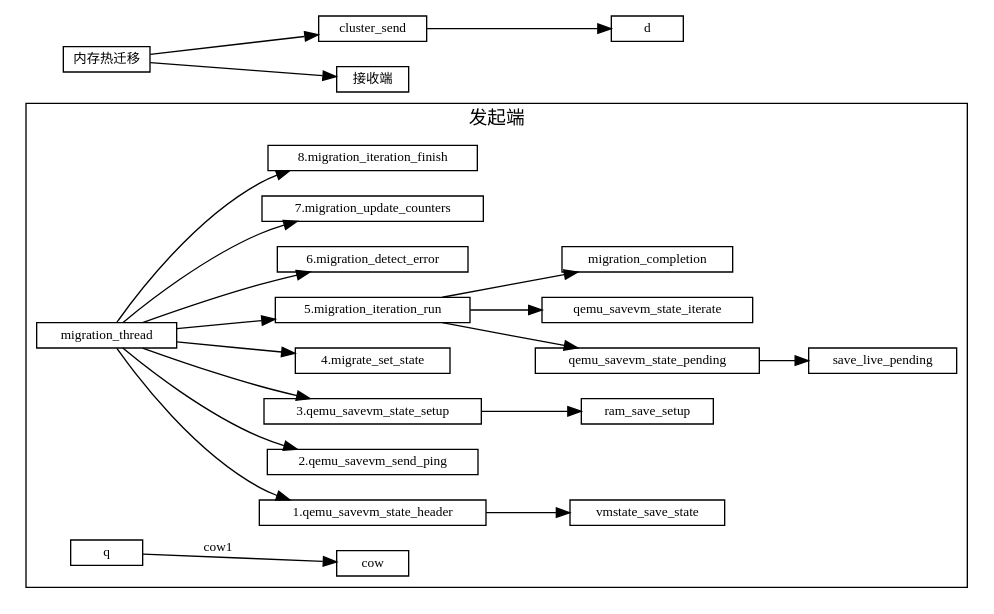
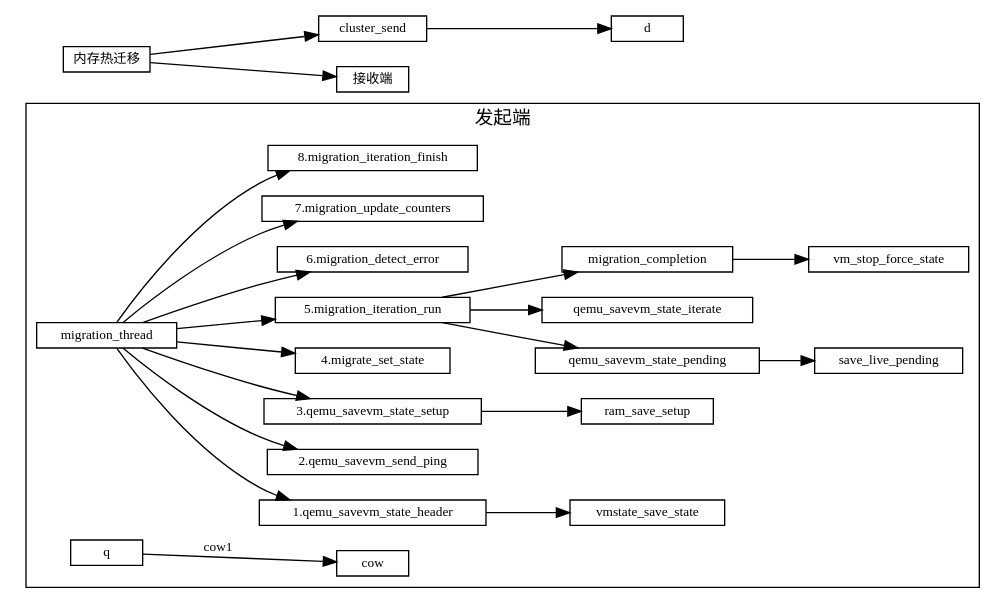
The diagram in 虚拟化/热迁移/1-内存热迁移.md (sisyphus1212/note), drawn with Graphviz before and after one commit.

Commit message:
auto_update

````diff
--- a/虚拟化/热迁移/1-内存热迁移.md
+++ b/虚拟化/热迁移/1-内存热迁移.md
@@ -11,49 +11,49 @@
 ```graphviz
 digraph {
 fontname="Helvetica,Arial,sans-serif"
 //node [fontname="Helvetica,Arial,sans-serif"]
 //edge [fontname="Helvetica,Arial,sans-serif"]
 rankdir="LR"
 node [fontsize=10, shape=record, height=0.25]
 edge [fontsize=10]
   subgraph send {
     cluster=true;
     label="发起端";
     qemu_savevm_state_header[label="1.qemu_savevm_state_header"];
     qemu_savevm_send_ping[label="2.qemu_savevm_send_ping"];
     qemu_savevm_state_setup[label="3.qemu_savevm_state_setup"];
     migrate_set_state[label="4.migrate_set_state"];
     migration_iteration_run[label="5.migration_iteration_run"];
 
     migration_detect_error[label="6.migration_detect_error"];
     migration_update_counters[label="7.migration_update_counters"];
     migration_iteration_finish[label="8.migration_iteration_finish"];
 
     migration_thread -> qemu_savevm_state_header
                      -> vmstate_save_state;
     migration_thread -> qemu_savevm_send_ping;
     migration_thread -> qemu_savevm_state_setup
                      -> ram_save_setup;
     migration_thread -> migrate_set_state;
     migration_thread ->
          migration_iteration_run->qemu_savevm_state_pending->save_live_pending;
          migration_iteration_run->qemu_savevm_state_iterate;
-         migration_iteration_run->migration_completion;
+         migration_iteration_run->migration_completion->vm_stop_force_state;
 
 
     migration_thread -> migration_detect_error
     migration_thread -> migration_update_counters
     migration_thread -> migration_iteration_finish
 
 
 
     q -> cow[label="cow1"];
   }
 
 内存热迁移 [label="内存热迁移"]
 内存热迁移 -> cluster_send
            -> d
 
 内存热迁移 -> 接收端
 }
 ```
````
